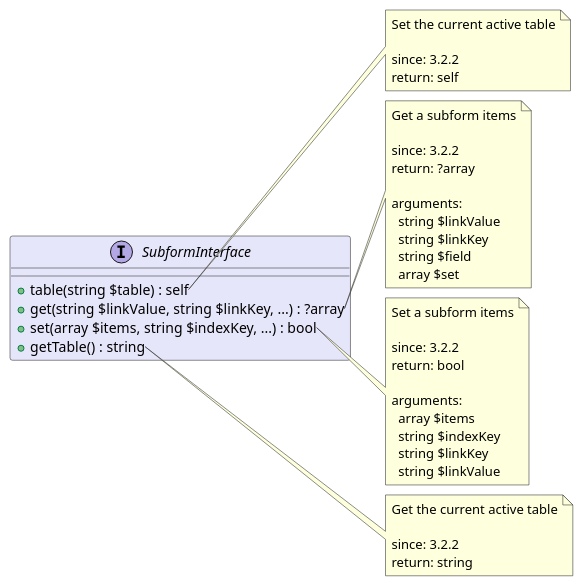
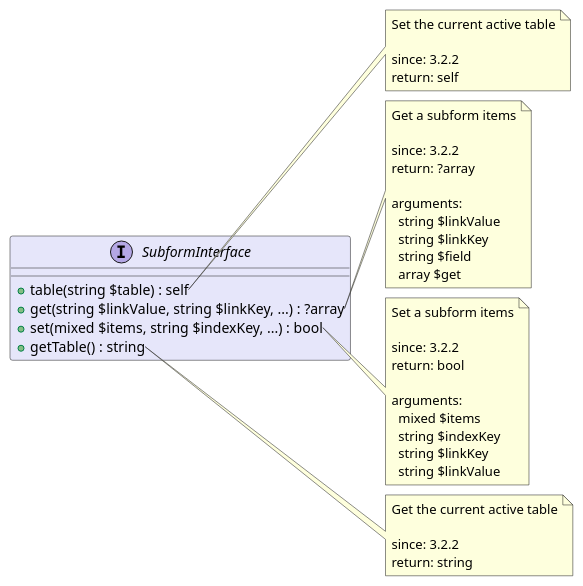
Before and after one commit to joomengine/super-powers: the diagram in src/34959721-415b-4b5e-8002-3d1fc84b3b2b/README.md, drawn with PlantUML. The commit also changed 5 other files, not shown here.

````diff
--- a/src/34959721-415b-4b5e-8002-3d1fc84b3b2b/README.md
+++ b/src/34959721-415b-4b5e-8002-3d1fc84b3b2b/README.md
@@ -12,51 +12,51 @@
 ```uml
 @startuml
 interface SubformInterface  #Lavender {
   + table(string $table) : self
   + get(string $linkValue, string $linkKey, ...) : ?array
-  + set(array $items, string $indexKey, ...) : bool
+  + set(mixed $items, string $indexKey, ...) : bool
   + getTable() : string
 }
 
 note right of SubformInterface::table
   Set the current active table
 
   since: 3.2.2
   return: self
 end note
 
 note right of SubformInterface::get
   Get a subform items
 
   since: 3.2.2
   return: ?array
   
   arguments:
     string $linkValue
     string $linkKey
     string $field
-    array $set
+    array $get
 end note
 
 note right of SubformInterface::set
   Set a subform items
 
   since: 3.2.2
   return: bool
   
   arguments:
-    array $items
+    mixed $items
     string $indexKey
     string $linkKey
     string $linkValue
 end note
 
 note right of SubformInterface::getTable
   Get the current active table
 
   since: 3.2.2
   return: string
 end note
  
 @enduml
 ```
````
